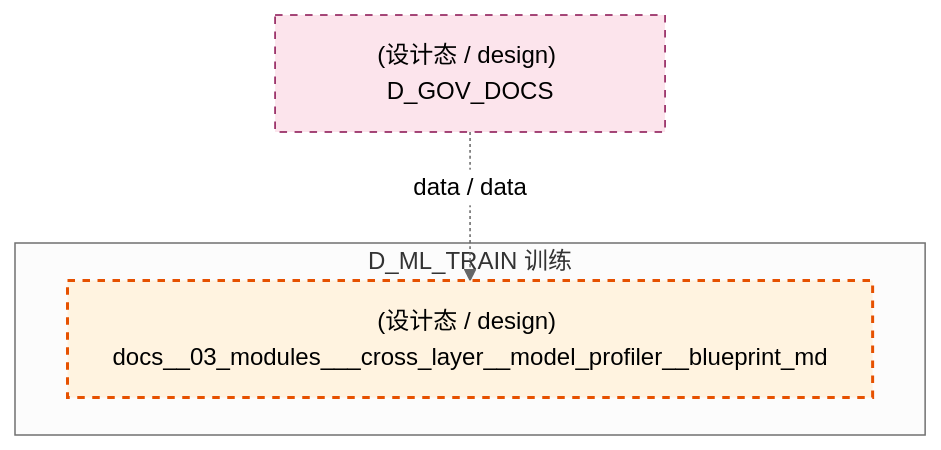
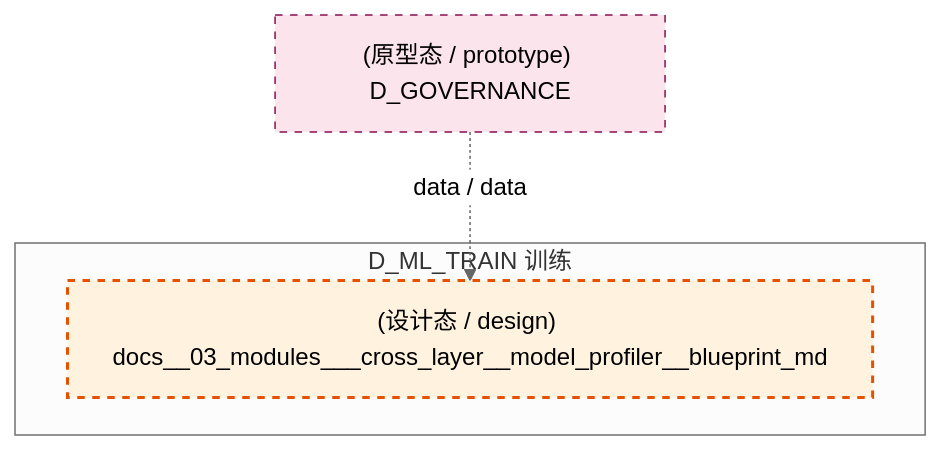
Before and after one commit to xuanFelixVan/ZephyrAlpha: the second of 4 diagrams in docs/02_enterprise_architecture/02_domain_architecture_docs/50_d_ml_train.md, drawn with Mermaid (neutral theme). The commit also changed other lines of this file and 126 other files, not shown here.

````diff
--- a/docs/02_enterprise_architecture/02_domain_architecture_docs/50_d_ml_train.md
+++ b/docs/02_enterprise_architecture/02_domain_architecture_docs/50_d_ml_train.md
@@ -123,14 +123,14 @@
 ```mermaid
 graph TD
     subgraph D_ML_TRAIN["D_ML_TRAIN 训练"]
         docs_03_modules_cross_layer_model_profiler_blueprint_md["(设计态 / design) docs__03_modules___cross_layer__model_profiler__blueprint_md"]
     end
-    D_GOV_DOCS["(设计态 / design) D_GOV_DOCS"]
-    D_GOV_DOCS -.->|data / data| docs_03_modules_cross_layer_model_profiler_blueprint_md
+    D_GOVERNANCE["(原型态 / prototype) D_GOVERNANCE"]
+    D_GOVERNANCE -.->|data / data| docs_03_modules_cross_layer_model_profiler_blueprint_md
     classDef production fill:#e1f5fe,stroke:#01579b,stroke-width:2px,color:#000
     classDef design fill:#fff3e0,stroke:#e65100,stroke-width:2px,color:#000,stroke-dasharray: 5 5
     classDef external_prod fill:#e8f5e9,stroke:#1b5e20,stroke-width:1px,color:#000
     classDef external_design fill:#fce4ec,stroke:#880e4f,stroke-width:1px,color:#000,stroke-dasharray: 5 5
     class docs_03_modules_cross_layer_model_profiler_blueprint_md design
-    class D_GOV_DOCS external_design
+    class D_GOVERNANCE external_design
 ```
````
